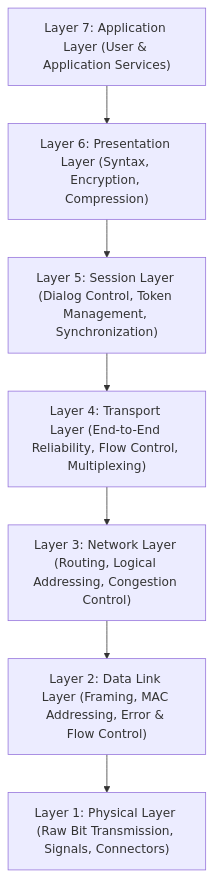
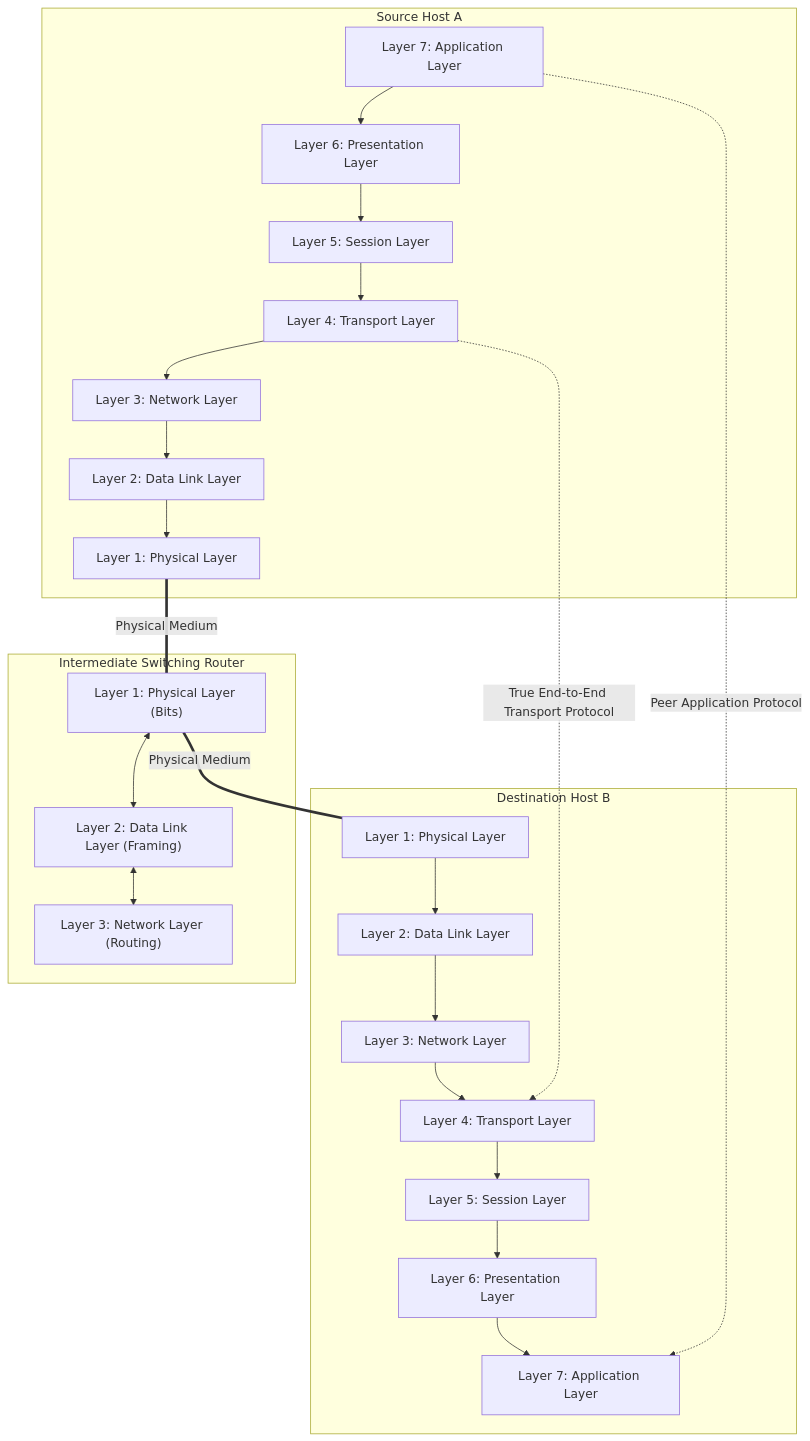
One commit to DeepLumiere/DeepSkills changed the sixth of 9 diagrams in notes/computer_networks/Chapter_1_Introduction.md. Above: the diagram before and after it, drawn with Mermaid. The commit also changed other lines of this file and 3 other files, not shown here.

````diff
--- a/notes/computer_networks/Chapter_1_Introduction.md
+++ b/notes/computer_networks/Chapter_1_Introduction.md
@@ -281,12 +380,36 @@
 ```mermaid
 flowchart TD
-    L7["Layer 7: Application Layer (User & Application Services)"]
-    L6["Layer 6: Presentation Layer (Syntax, Encryption, Compression)"]
-    L5["Layer 5: Session Layer (Dialog Control, Token Management, Synchronization)"]
-    L4["Layer 4: Transport Layer (End-to-End Reliability, Flow Control, Multiplexing)"]
-    L3["Layer 3: Network Layer (Routing, Logical Addressing, Congestion Control)"]
-    L2["Layer 2: Data Link Layer (Framing, MAC Addressing, Error & Flow Control)"]
-    L1["Layer 1: Physical Layer (Raw Bit Transmission, Signals, Connectors)"]
+    subgraph EndHostA ["Source Host A"]
+        A7["Layer 7: Application Layer"]
+        A6["Layer 6: Presentation Layer"]
+        A5["Layer 5: Session Layer"]
+        A4["Layer 4: Transport Layer"]
+        A3["Layer 3: Network Layer"]
+        A2["Layer 2: Data Link Layer"]
+        A1["Layer 1: Physical Layer"]
+        A7 --> A6 --> A5 --> A4 --> A3 --> A2 --> A1
+    end
 
-    L7 --> L6 --> L5 --> L4 --> L3 --> L2 --> L1
+    subgraph IntermediateRouter ["Intermediate Switching Router"]
+        R3["Layer 3: Network Layer (Routing)"]
+        R2["Layer 2: Data Link Layer (Framing)"]
+        R1["Layer 1: Physical Layer (Bits)"]
+        R1 <--> R2 <--> R3
+    end
+
+    subgraph EndHostB ["Destination Host B"]
+        B1["Layer 1: Physical Layer"]
+        B2["Layer 2: Data Link Layer"]
+        B3["Layer 3: Network Layer"]
+        B4["Layer 4: Transport Layer"]
+        B5["Layer 5: Session Layer"]
+        B6["Layer 6: Presentation Layer"]
+        B7["Layer 7: Application Layer"]
+        B1 --> B2 --> B3 --> B4 --> B5 --> B6 --> B7
+    end
+
+    A1 ===|Physical Medium| R1
+    R1 ===|Physical Medium| B1
+    A4 -.->|True End-to-End Transport Protocol| B4
+    A7 -.->|Peer Application Protocol| B7
 ```
````
